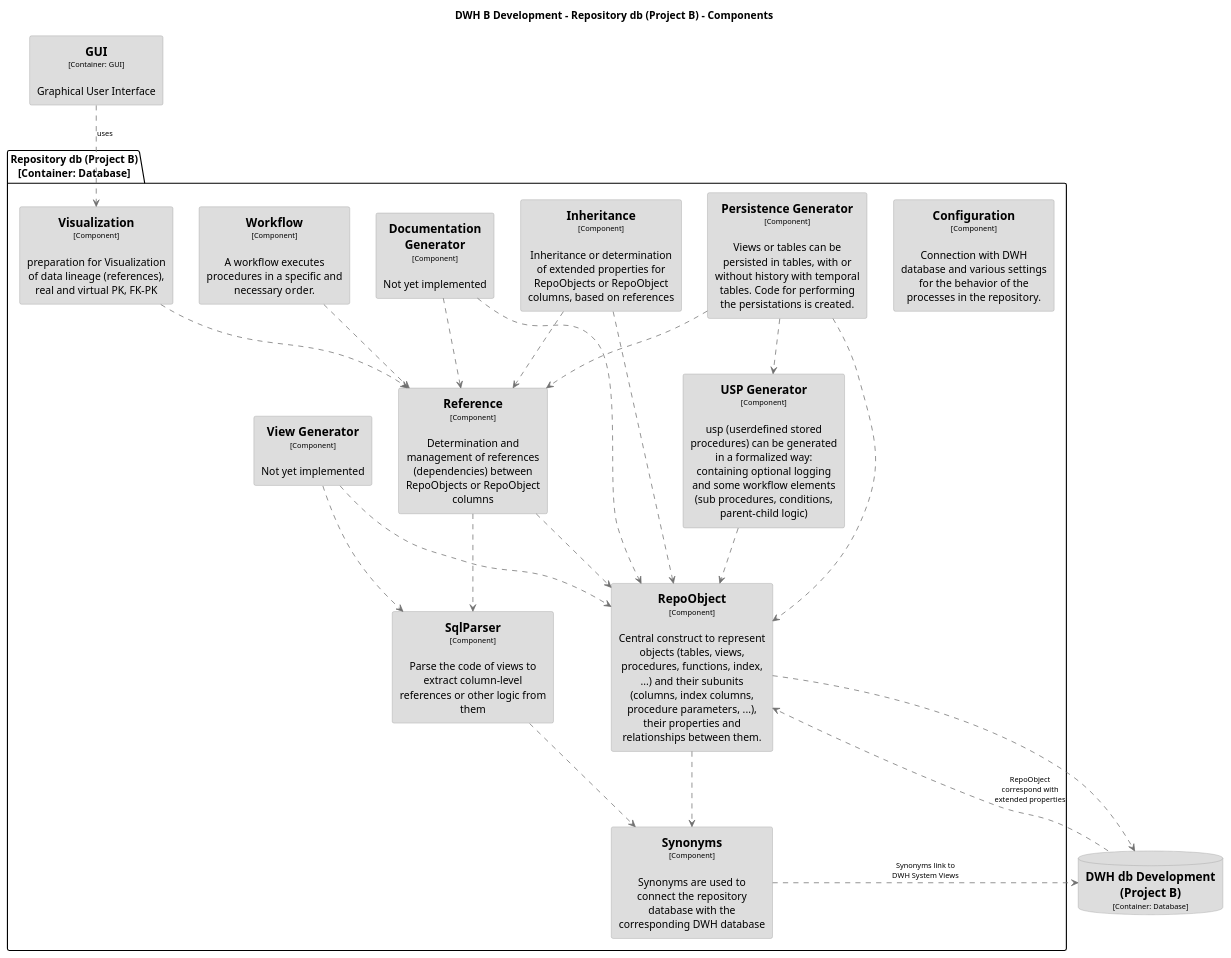
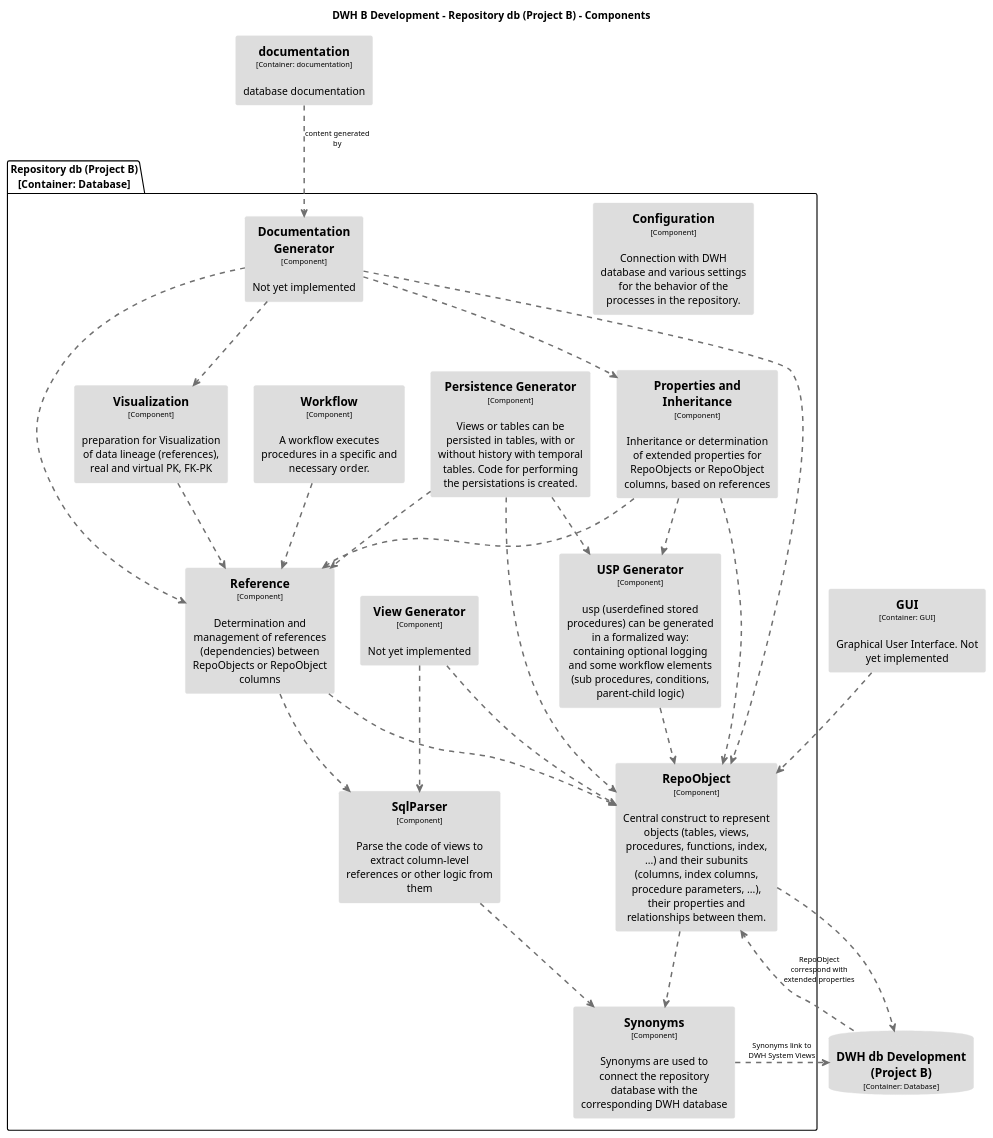
The diagram in docs/modules/arc/partials/c4_dsl/puml/structurizr-DWHBDevelopment-RepositorydbProjectB-Component.puml (DataHandwerk/dhw-antora-docs), drawn with PlantUML before and after one commit. The commit also changed 2689 other files, not shown here.

```diff
--- a/docs/modules/arc/partials/c4_dsl/puml/structurizr-DWHBDevelopment-RepositorydbProjectB-Component.puml
+++ b/docs/modules/arc/partials/c4_dsl/puml/structurizr-DWHBDevelopment-RepositorydbProjectB-Component.puml
@@ -1,119 +1,129 @@
 @startuml(id=DWHBDevelopment-RepositorydbProjectB-Component)
 title DWH B Development - Repository db (Project B) - Components
 
 skinparam {
   shadowing false
   arrowFontSize 10
   defaultTextAlignment center
   wrapWidth 200
   maxMessageSize 100
 }
 hide stereotype
 top to bottom direction
+skinparam rectangle<<11>> {
+  BackgroundColor #dddddd
+  FontColor #000000
+  BorderColor #dddddd
+}
 skinparam rectangle<<22>> {
   BackgroundColor #dddddd
   FontColor #000000
-  BorderColor #9A9A9A
-}
-skinparam rectangle<<11>> {
-  BackgroundColor #dddddd
-  FontColor #000000
-  BorderColor #9A9A9A
+  BorderColor #dddddd
 }
 skinparam rectangle<<12>> {
   BackgroundColor #dddddd
   FontColor #000000
-  BorderColor #9A9A9A
+  BorderColor #dddddd
 }
 skinparam rectangle<<13>> {
   BackgroundColor #dddddd
   FontColor #000000
-  BorderColor #9A9A9A
+  BorderColor #dddddd
 }
 skinparam rectangle<<14>> {
   BackgroundColor #dddddd
   FontColor #000000
-  BorderColor #9A9A9A
+  BorderColor #dddddd
+}
+skinparam rectangle<<25>> {
+  BackgroundColor #dddddd
+  FontColor #000000
+  BorderColor #dddddd
 }
 skinparam rectangle<<15>> {
   BackgroundColor #dddddd
   FontColor #000000
-  BorderColor #9A9A9A
+  BorderColor #dddddd
 }
 skinparam rectangle<<16>> {
   BackgroundColor #dddddd
   FontColor #000000
-  BorderColor #9A9A9A
+  BorderColor #dddddd
 }
 skinparam rectangle<<17>> {
   BackgroundColor #dddddd
   FontColor #000000
-  BorderColor #9A9A9A
+  BorderColor #dddddd
 }
 skinparam database<<18>> {
   BackgroundColor #dddddd
   FontColor #000000
-  BorderColor #9A9A9A
+  BorderColor #dddddd
 }
 skinparam rectangle<<6>> {
   BackgroundColor #dddddd
   FontColor #000000
-  BorderColor #9A9A9A
+  BorderColor #dddddd
 }
 skinparam rectangle<<7>> {
   BackgroundColor #dddddd
   FontColor #000000
-  BorderColor #9A9A9A
+  BorderColor #dddddd
 }
 skinparam rectangle<<8>> {
   BackgroundColor #dddddd
   FontColor #000000
-  BorderColor #9A9A9A
+  BorderColor #dddddd
 }
 skinparam rectangle<<9>> {
   BackgroundColor #dddddd
   FontColor #000000
-  BorderColor #9A9A9A
+  BorderColor #dddddd
 }
 skinparam rectangle<<10>> {
   BackgroundColor #dddddd
   FontColor #000000
-  BorderColor #9A9A9A
+  BorderColor #dddddd
 }
 database "==DWH db Development (Project B)\n<size:10>[Container: Database]</size>" <<18>> as 18
-rectangle "==GUI\n<size:10>[Container: GUI]</size>\n\nGraphical User Interface" <<22>> as 22
+rectangle "==GUI\n<size:10>[Container: GUI]</size>\n\nGraphical User Interface. Not yet implemented" <<22>> as 22
+rectangle "==documentation\n<size:10>[Container: documentation]</size>\n\ndatabase documentation" <<25>> as 25
 package "Repository db (Project B)\n[Container: Database]" {
   rectangle "==Configuration\n<size:10>[Component]</size>\n\nConnection with DWH database and various settings for the behavior of the processes in the repository." <<7>> as 7
   rectangle "==Documentation Generator\n<size:10>[Component]</size>\n\nNot yet implemented" <<15>> as 15
-  rectangle "==Inheritance\n<size:10>[Component]</size>\n\nInheritance or determination of extended properties for RepoObjects or RepoObject columns, based on references" <<11>> as 11
   rectangle "==Persistence Generator\n<size:10>[Component]</size>\n\nViews or tables can be persisted in tables, with or without history with temporal tables. Code for performing the persistations is created." <<13>> as 13
+  rectangle "==Properties and Inheritance\n<size:10>[Component]</size>\n\nInheritance or determination of extended properties for RepoObjects or RepoObject columns, based on references" <<11>> as 11
   rectangle "==Reference\n<size:10>[Component]</size>\n\nDetermination and management of references (dependencies) between RepoObjects or RepoObject columns" <<10>> as 10
   rectangle "==RepoObject\n<size:10>[Component]</size>\n\nCentral construct to represent objects (tables, views, procedures, functions, index, ...) and their subunits (columns, index columns, procedure parameters, ...), their properties and relationships between them." <<8>> as 8
   rectangle "==SqlParser\n<size:10>[Component]</size>\n\nParse the code of views to extract column-level references or other logic from them" <<9>> as 9
   rectangle "==Synonyms\n<size:10>[Component]</size>\n\nSynonyms are used to connect the repository database with the corresponding DWH database" <<6>> as 6
   rectangle "==USP Generator\n<size:10>[Component]</size>\n\nusp (userdefined stored procedures) can be generated in a formalized way: containing optional logging and some workflow elements (sub procedures, conditions, parent-child logic)" <<12>> as 12
   rectangle "==View Generator\n<size:10>[Component]</size>\n\nNot yet implemented" <<14>> as 14
   rectangle "==Visualization\n<size:10>[Component]</size>\n\npreparation for Visualization of data lineage (references), real and virtual PK, FK-PK" <<17>> as 17
   rectangle "==Workflow\n<size:10>[Component]</size>\n\nA workflow executes procedures in a specific and necessary order." <<16>> as 16
 }
-18 .[#707070].> 8 : "RepoObject correspond with extended properties"
-15 .[#707070].> 10 : ""
-15 .[#707070].> 8 : ""
-22 .[#707070].> 17 : "uses"
-11 .[#707070].> 10 : ""
-11 .[#707070].> 8 : ""
-13 .[#707070].> 10 : ""
-13 .[#707070].> 8 : ""
-13 .[#707070].> 12 : ""
-10 .[#707070].> 8 : ""
-10 .[#707070].> 9 : ""
-8 .[#707070].> 18 : ""
-8 .[#707070].> 6 : ""
-9 .[#707070].> 6 : ""
-6 .[#707070].> 18 : "Synonyms link to DWH System Views"
-12 .[#707070].> 8 : ""
-14 .[#707070].> 8 : ""
-14 .[#707070].> 9 : ""
-17 .[#707070].> 10 : ""
-16 .[#707070].> 10 : ""
+18 .[#707070,thickness=2].> 8 : "RepoObject correspond with extended properties"
+15 .[#707070,thickness=2].> 11 : ""
+15 .[#707070,thickness=2].> 10 : ""
+15 .[#707070,thickness=2].> 8 : ""
+15 .[#707070,thickness=2].> 17 : ""
+22 .[#707070,thickness=2].> 8 : ""
+13 .[#707070,thickness=2].> 10 : ""
+13 .[#707070,thickness=2].> 8 : ""
+13 .[#707070,thickness=2].> 12 : ""
+11 .[#707070,thickness=2].> 10 : ""
+11 .[#707070,thickness=2].> 8 : ""
+11 .[#707070,thickness=2].> 12 : ""
+10 .[#707070,thickness=2].> 8 : ""
+10 .[#707070,thickness=2].> 9 : ""
+8 .[#707070,thickness=2].> 18 : ""
+8 .[#707070,thickness=2].> 6 : ""
+9 .[#707070,thickness=2].> 6 : ""
+6 .[#707070,thickness=2].> 18 : "Synonyms link to DWH System Views"
+12 .[#707070,thickness=2].> 8 : ""
+14 .[#707070,thickness=2].> 8 : ""
+14 .[#707070,thickness=2].> 9 : ""
+17 .[#707070,thickness=2].> 10 : ""
+16 .[#707070,thickness=2].> 10 : ""
+25 .[#707070,thickness=2].> 15 : "content generated by"
 @enduml
```
